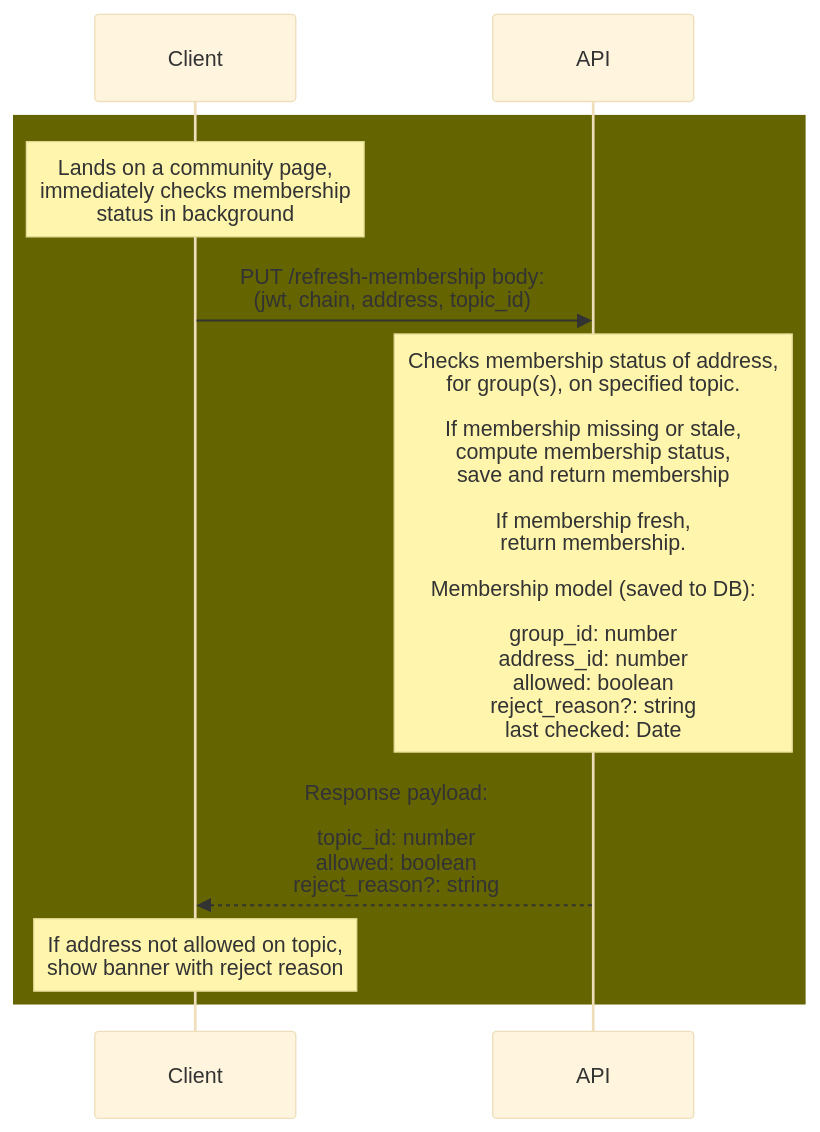
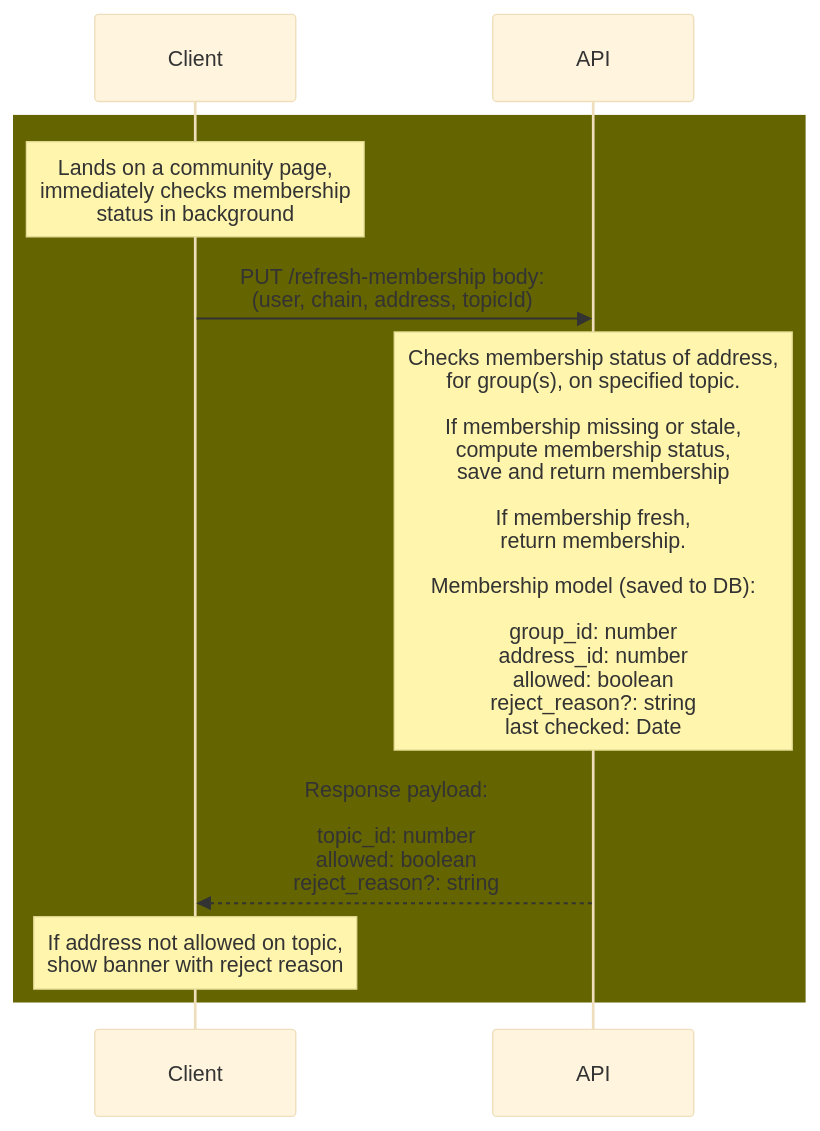
The first of 5 diagrams in knowledge_base/Groups.md (hicommonwealth/commonwealth), drawn with Mermaid (base theme) before and after one commit. The commit also changed other lines of this file, not shown here.

````diff
--- a/knowledge_base/Groups.md
+++ b/knowledge_base/Groups.md
@@ -14,17 +14,17 @@
 ```mermaid
 sequenceDiagram
 
   rect rgb(100, 100, 0)
 
   Note over Client: Lands on a community page, <br> immediately checks membership <br> status in background
 
-  Client->>API: PUT /refresh-membership body: <br> (jwt, chain, address, topic_id)
+  Client->>API: PUT /refresh-membership body: <br> (user, chain, address, topicId)
 
   Note over API: Checks membership status of address, <br> for group(s), on specified topic. <br><br> If membership missing or stale, <br> compute membership status, <br> save and return membership <br><br> If membership fresh, <br> return membership. <br><br> Membership model (saved to DB): <br><br> group_id: number <br> address_id: number <br> allowed: boolean <br> reject_reason?: string <br> last checked: Date
 
   API-->>Client: Response payload: <br><br> topic_id: number <br> allowed: boolean <br> reject_reason?: string
 
   Note over Client: If address not allowed on topic, <br>  show banner with reject reason
 
   end
 ```
````
